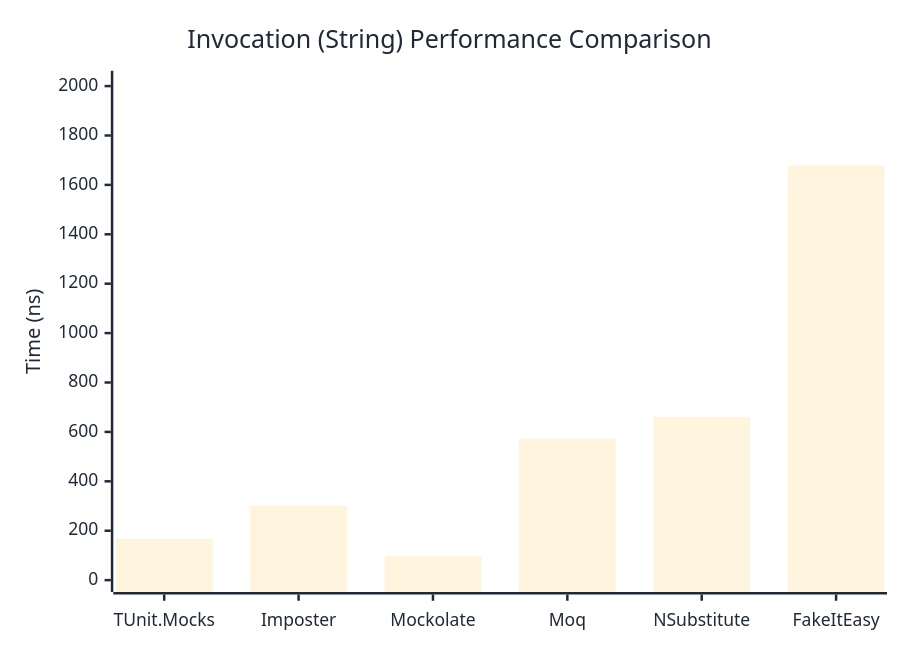
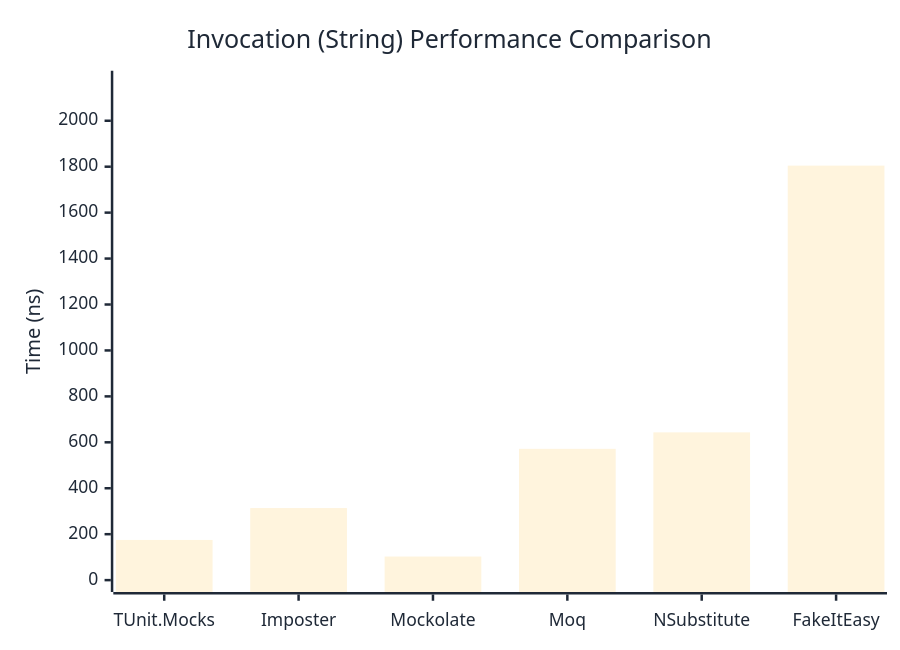
Before and after one commit to thomhurst/TUnit: the second of 3 diagrams in docs/docs/benchmarks/mocks/Invocation.md, drawn with Mermaid. The commit also changed other lines of this file and 14 other files, not shown here.

````diff
--- a/docs/docs/benchmarks/mocks/Invocation.md
+++ b/docs/docs/benchmarks/mocks/Invocation.md
@@ -71,27 +71,27 @@
 ```mermaid
 %%{init: {
   'theme':'base',
   'themeVariables': {
     'primaryColor': '#2563eb',
     'primaryTextColor': '#1f2937',
     'primaryBorderColor': '#1e40af',
     'lineColor': '#6b7280',
     'secondaryColor': '#7c3aed',
     'tertiaryColor': '#dc2626',
     'background': '#ffffff',
     'pie1': '#2563eb',
     'pie2': '#7c3aed',
     'pie3': '#dc2626',
     'pie4': '#f59e0b',
     'pie5': '#10b981',
     'pie6': '#06b6d4',
     'pie7': '#ec4899',
     'pie8': '#6366f1'
   }
 }}%%
 xychart-beta
   title "Invocation (String) Performance Comparison"
   x-axis ["TUnit.Mocks", "Imposter", "Mockolate", "Moq", "NSubstitute", "FakeItEasy"]
-  y-axis "Time (ns)" 0 --> 2014
-  bar [166.28, 301.58, 99.12, 573.48, 660.88, 1677.56]
+  y-axis "Time (ns)" 0 --> 2166
+  bar [175, 313.8, 102.7, 571.6, 643.3, 1804.7]
 ```
````
